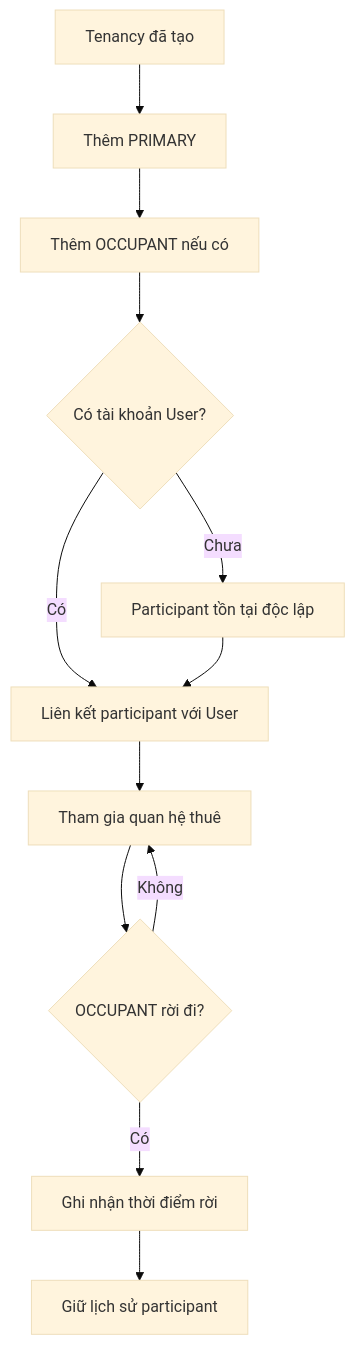
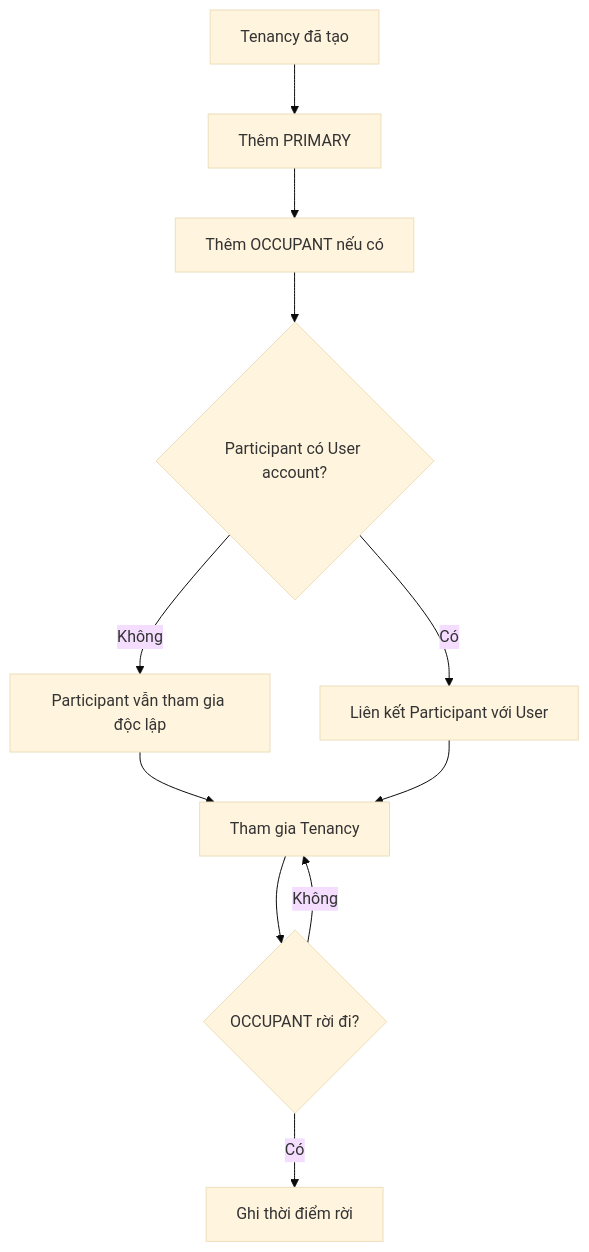
The diagram in docs/backlogs/v1/tenancy-participant.md (Danh20100/moibile_app), drawn with Mermaid (base theme) before and after one commit. The commit also changed other lines of this file and 7 other files, not shown here.

````diff
--- a/docs/backlogs/v1/tenancy-participant.md
+++ b/docs/backlogs/v1/tenancy-participant.md
@@ -29,14 +17,13 @@
 ```mermaid
 flowchart TD
     A["Tenancy đã tạo"] --> B["Thêm PRIMARY"]
     B --> C["Thêm OCCUPANT nếu có"]
-    C --> D{"Có tài khoản User?"}
-    D -->|"Chưa"| E["Participant tồn tại độc lập"]
-    D -->|"Có"| F["Liên kết participant với User"]
-    E --> F
-    F --> G["Tham gia quan hệ thuê"]
+    C --> D{"Participant có User account?"}
+    D -->|"Không"| E["Participant vẫn tham gia độc lập"]
+    D -->|"Có"| F["Liên kết Participant với User"]
+    E --> G["Tham gia Tenancy"]
+    F --> G
     G --> H{"OCCUPANT rời đi?"}
-    H -->|"Có"| I["Ghi nhận thời điểm rời"]
+    H -->|"Có"| I["Ghi thời điểm rời"]
     H -->|"Không"| G
-    I --> J["Giữ lịch sử participant"]
 ```
````
